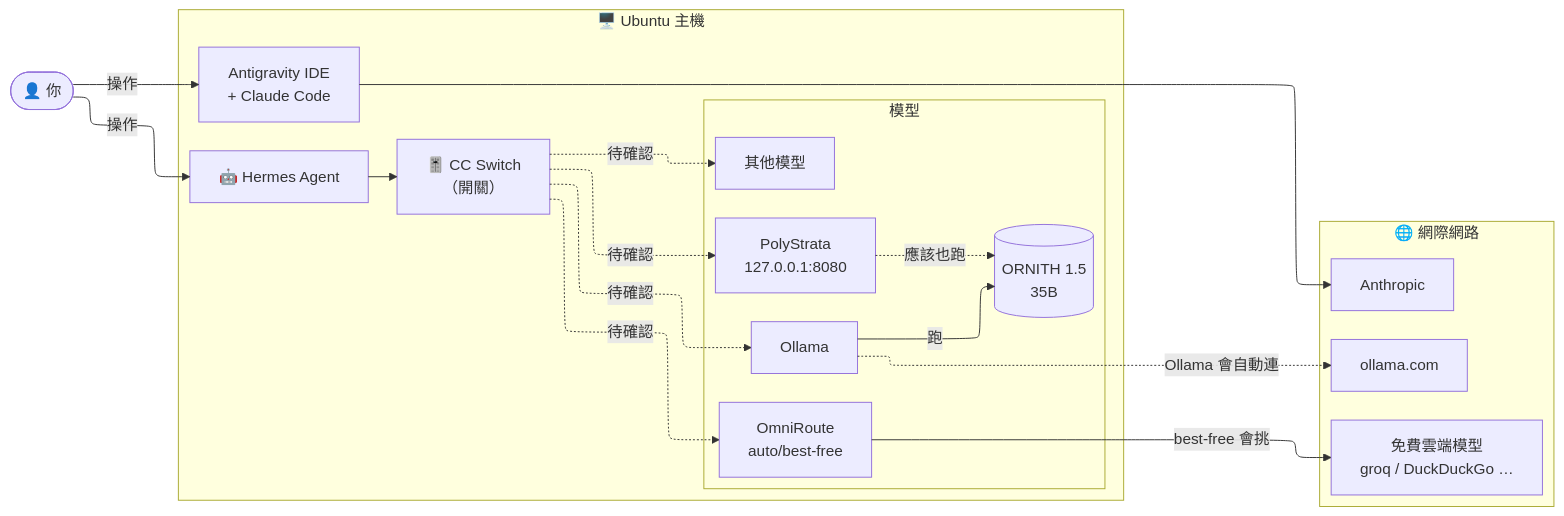
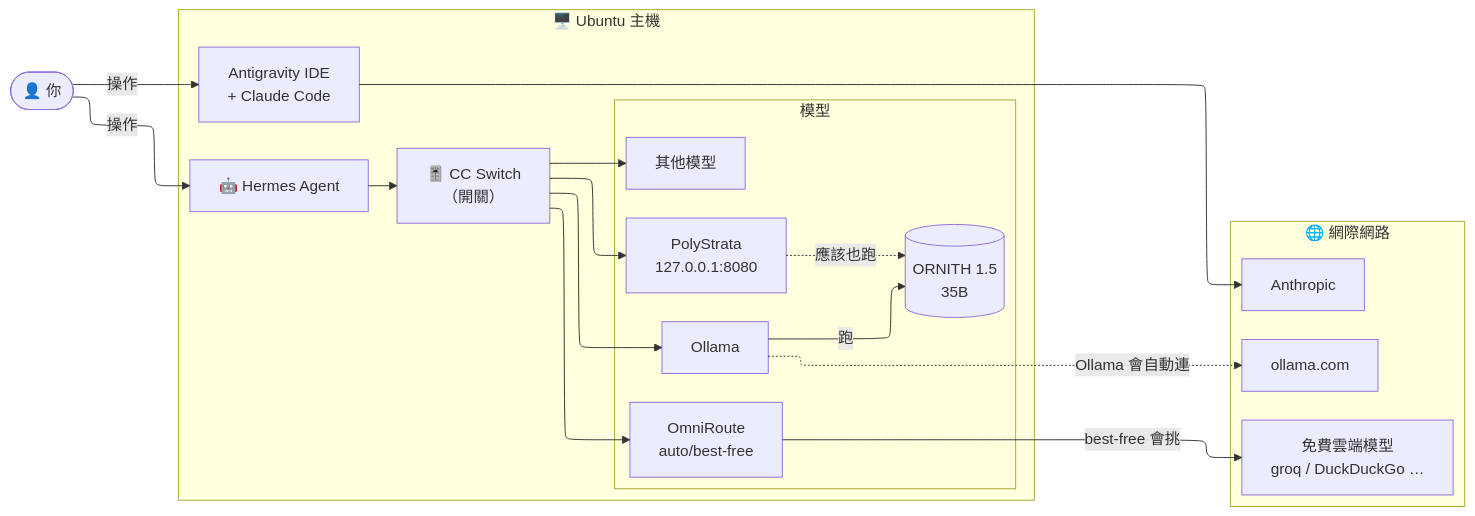
Before and after one commit to puBILYYEN/test: the diagram in hermes-sandbox/architecture-before.mmd, drawn with Mermaid. The commit also changed 1 other file, not shown here.

Commit message:
Confirm CC Switch routes to Ollama, PolyStrata, OmniRoute and other models
Claude-Session: https://claude.ai/code/session_01WirDqXFnyExysTDHXtB3QR

```diff
--- a/hermes-sandbox/architecture-before.mmd
+++ b/hermes-sandbox/architecture-before.mmd
@@ -1,46 +1,46 @@
 ---
 config:
   layout: elk
 ---
 %% 加入沙盒之前的 AI 系統架構（Ubuntu）
-%% 實線 = 已確認｜虛線 = 待你確認
+%% 實線 = 已確認｜虛線 = 推測或尚未確認
 flowchart LR
     user(["👤 你"])
 
     subgraph host["🖥️ Ubuntu 主機"]
         direction LR
         hermes["🤖 Hermes Agent"]
         ccs["🎚️ CC Switch<br/>（開關）"]
         ide["Antigravity IDE<br/>+ Claude Code"]
 
         subgraph models["模型"]
             direction TB
             ollama["Ollama"]
             poly["PolyStrata<br/>127.0.0.1:8080"]
             ornith[("ORNITH 1.5<br/>35B")]
             omni["OmniRoute<br/>auto/best-free"]
             other["其他模型"]
         end
     end
 
     subgraph internet["🌐 網際網路"]
         direction TB
         ollamacom["ollama.com"]
         cloud["免費雲端模型<br/>groq / DuckDuckGo …"]
         anthropic["Anthropic"]
     end
 
     user -->|"操作"| hermes
     user -->|"操作"| ide
     hermes --> ccs
-    ccs -.->|"待確認"| ollama
-    ccs -.->|"待確認"| poly
-    ccs -.->|"待確認"| omni
-    ccs -.->|"待確認"| other
+    ccs --> ollama
+    ccs --> poly
+    ccs --> omni
+    ccs --> other
 
     ollama -->|"跑"| ornith
     poly -.->|"應該也跑"| ornith
 
     ollama -.->|"Ollama 會自動連"| ollamacom
     omni -->|"best-free 會挑"| cloud
     ide --> anthropic
```
